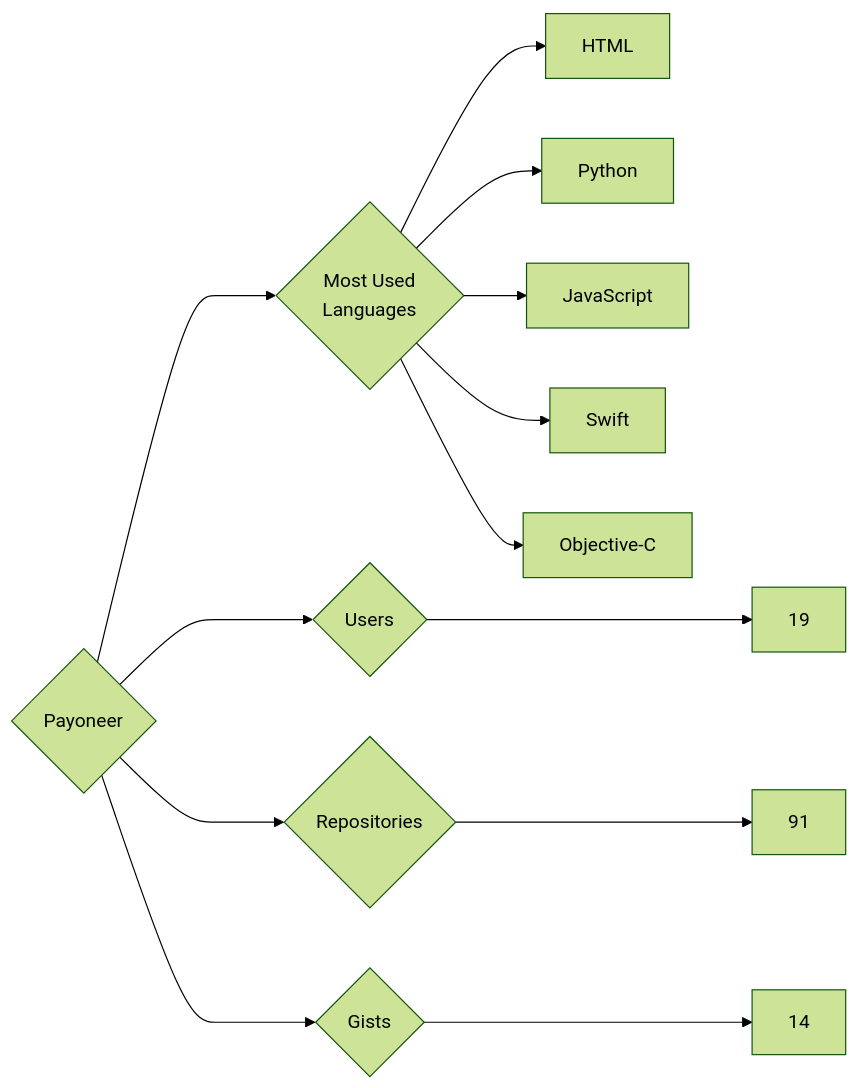
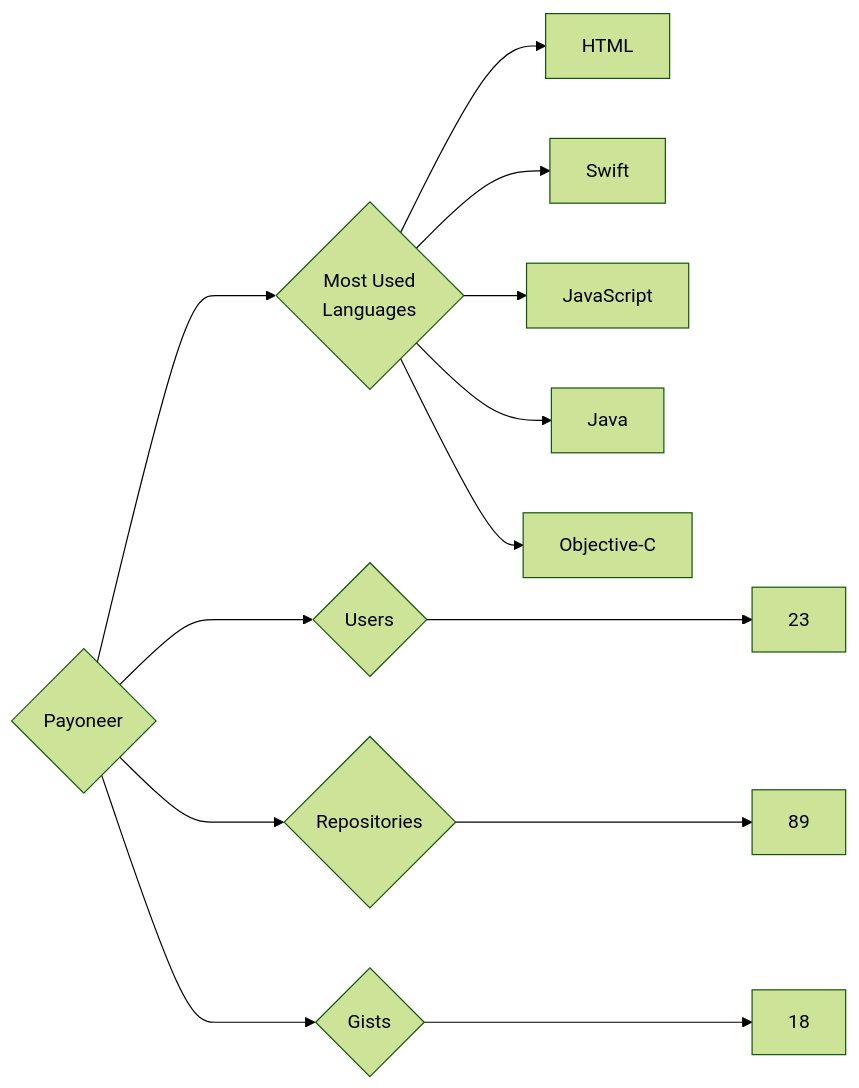
One commit to trickest/insiders changed the diagram in targets/Payoneer/README.md. Above: the diagram before and after it, drawn with Mermaid (forest theme). The commit also changed 1011 other files, not shown here.

````diff
--- a/targets/Payoneer/README.md
+++ b/targets/Payoneer/README.md
@@ -3,13 +3,13 @@
 ```mermaid
 graph LR
 COMPANY_NAME{Payoneer}
-COMPANY_NAME ---> U{Users} ---> UN[19]
-COMPANY_NAME ---> R{Repositories} ---> RN[91]
-COMPANY_NAME ---> G{Gists} ---> GN[14]
+COMPANY_NAME ---> U{Users} ---> UN[23]
+COMPANY_NAME ---> R{Repositories} ---> RN[89]
+COMPANY_NAME ---> G{Gists} ---> GN[18]
 COMPANY_NAME ---> ML{Most Used<br>Languages}
 ML --> HTML[HTML]
-ML --> Python[Python]
+ML --> Swift[Swift]
 ML --> JavaScript[JavaScript]
-ML --> Swift[Swift]
+ML --> Java[Java]
 ML --> Objective-C[Objective-C]
 ```
````
